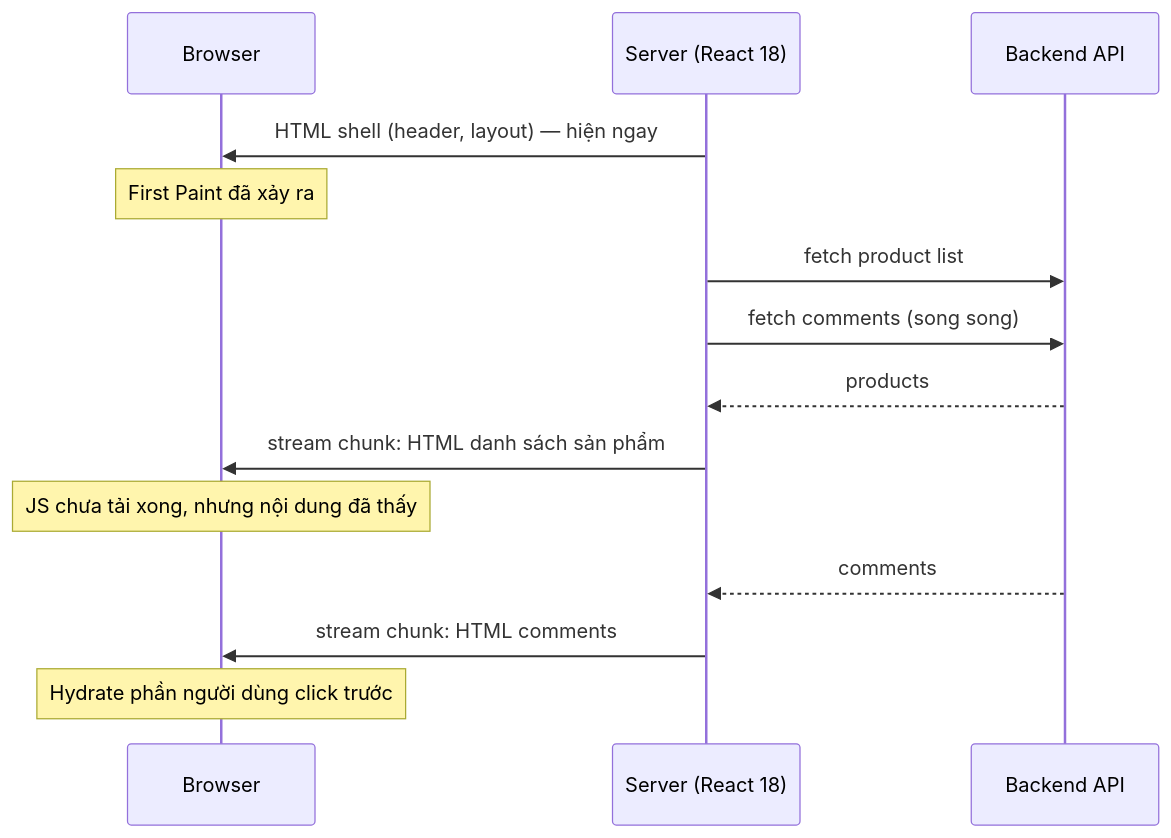
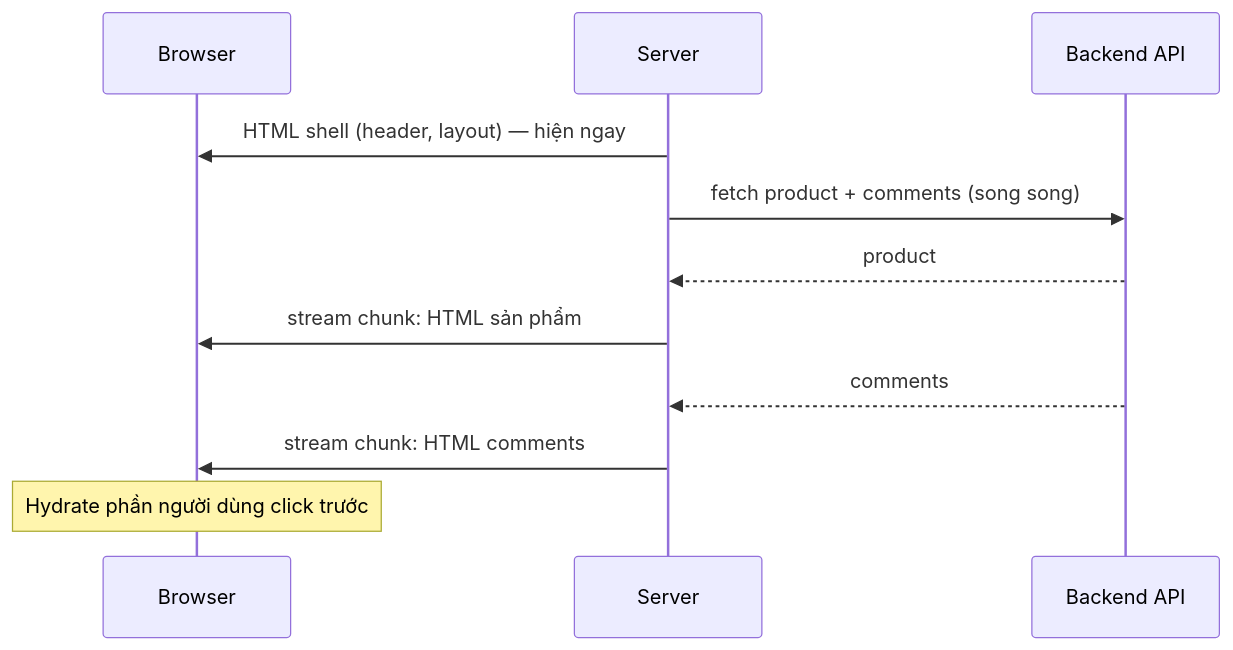
Before and after one commit to dangsangn/Ecommerce-Nextjs: the diagram in docs/react-nextjs/01-react-18-concurrent-rendering.md, drawn with Mermaid. The commit also changed other lines of this file and 51 other files, not shown here.

````diff
--- a/docs/react-nextjs/01-react-18-concurrent-rendering.md
+++ b/docs/react-nextjs/01-react-18-concurrent-rendering.md
@@ -268,17 +244,14 @@
 ```mermaid
 sequenceDiagram
     participant B as Browser
-    participant S as Server (React 18)
+    participant S as Server
     participant API as Backend API
 
     S->>B: HTML shell (header, layout) — hiện ngay
-    Note over B: First Paint đã xảy ra
-    S->>API: fetch product list
-    S->>API: fetch comments (song song)
-    API-->>S: products
-    S->>B: stream chunk: HTML danh sách sản phẩm
-    Note over B: JS chưa tải xong, nhưng nội dung đã thấy
+    S->>API: fetch product + comments (song song)
+    API-->>S: product
+    S->>B: stream chunk: HTML sản phẩm
     API-->>S: comments
     S->>B: stream chunk: HTML comments
     Note over B: Hydrate phần người dùng click trước
 ```
````
